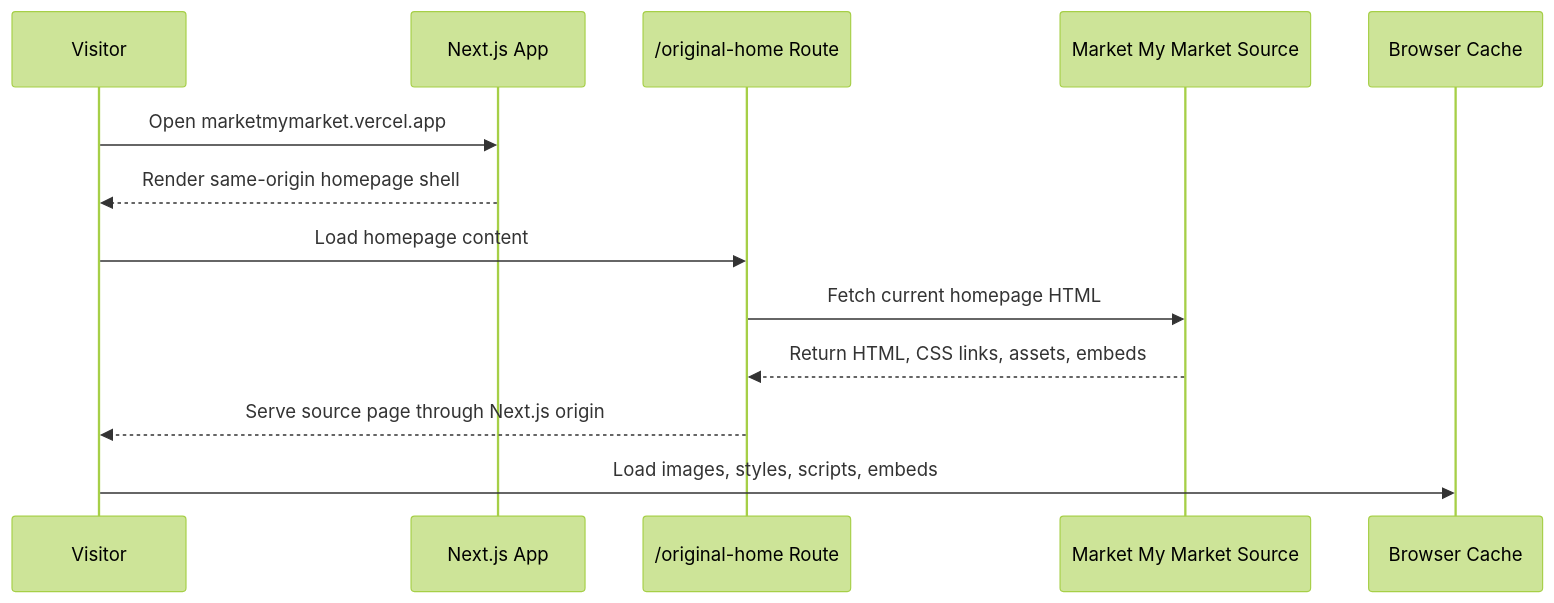
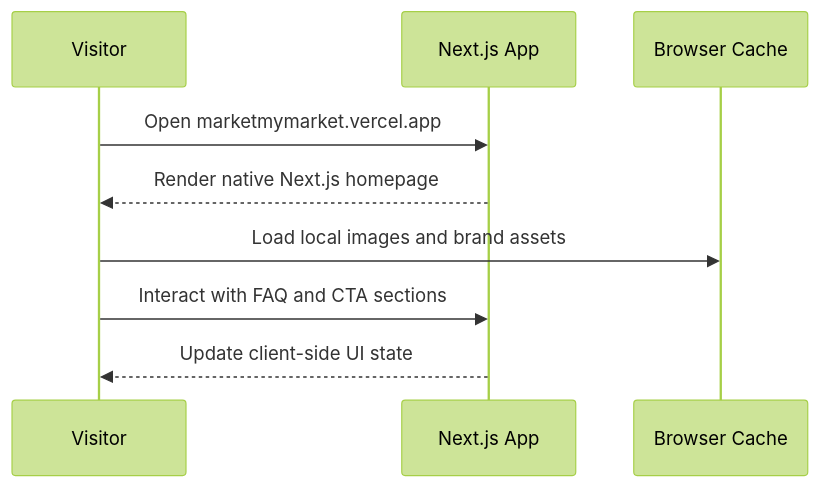
Before and after one commit to futurehelp/marketmymarket: the third of 4 diagrams in README.md, drawn with Mermaid (forest theme). The commit also changed other lines of this file and 3 other files, not shown here.

Commit message:
Replace iframe with native Market My Market homepage

````diff
--- a/README.md
+++ b/README.md
@@ -79,16 +79,12 @@
 ```mermaid
 sequenceDiagram
     participant V as Visitor
     participant N as Next.js App
-    participant P as /original-home Route
-    participant W as Market My Market Source
     participant C as Browser Cache
 
     V->>N: Open marketmymarket.vercel.app
-    N-->>V: Render same-origin homepage shell
-    V->>P: Load homepage content
-    P->>W: Fetch current homepage HTML
-    W-->>P: Return HTML, CSS links, assets, embeds
-    P-->>V: Serve source page through Next.js origin
-    V->>C: Load images, styles, scripts, embeds
+    N-->>V: Render native Next.js homepage
+    V->>C: Load local images and brand assets
+    V->>N: Interact with FAQ and CTA sections
+    N-->>V: Update client-side UI state
 ```
````
